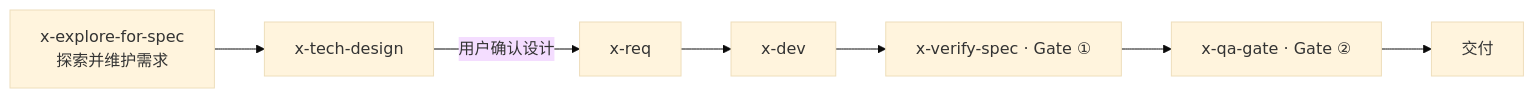
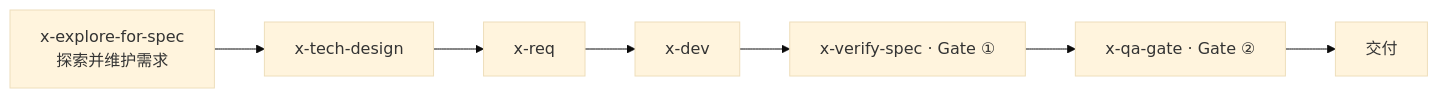
Before and after one commit to KtKID/x-dev-pipeline: the diagram in README_zh.md, drawn with Mermaid (base theme). The commit also changed other lines of this file and 43 other files, not shown here.

````diff
--- a/README_zh.md
+++ b/README_zh.md
@@ -26,9 +26,9 @@
 ```mermaid
 flowchart LR
     A["x-explore-for-spec<br/>探索并维护需求"] --> B["x-tech-design"]
-    B -->|用户确认设计| C["x-req"]
+    B --> C["x-req"]
     C --> D["x-dev"]
     D --> E["x-verify-spec · Gate ①"]
     E --> F["x-qa-gate · Gate ②"]
     F --> G["交付"]
 ```
````
